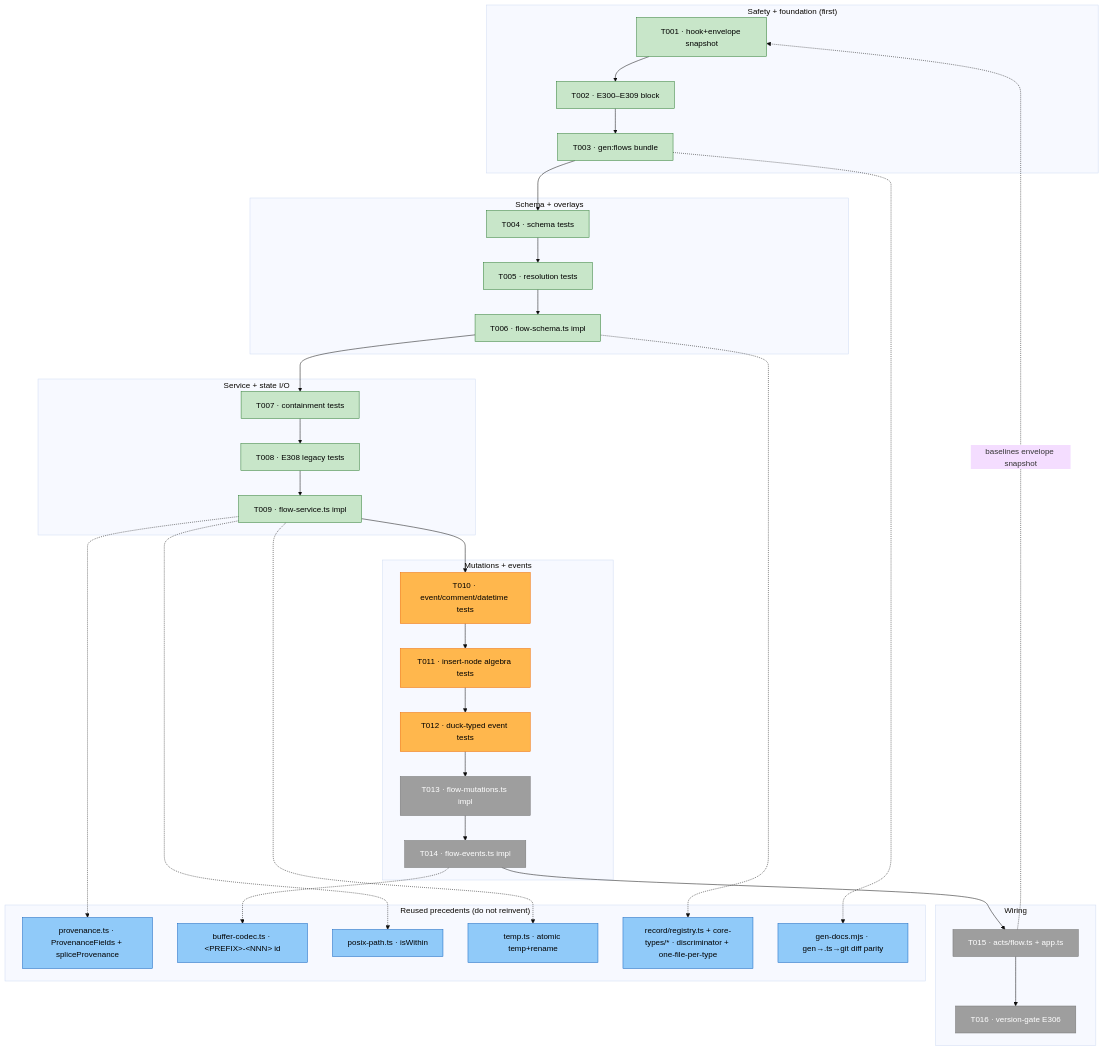
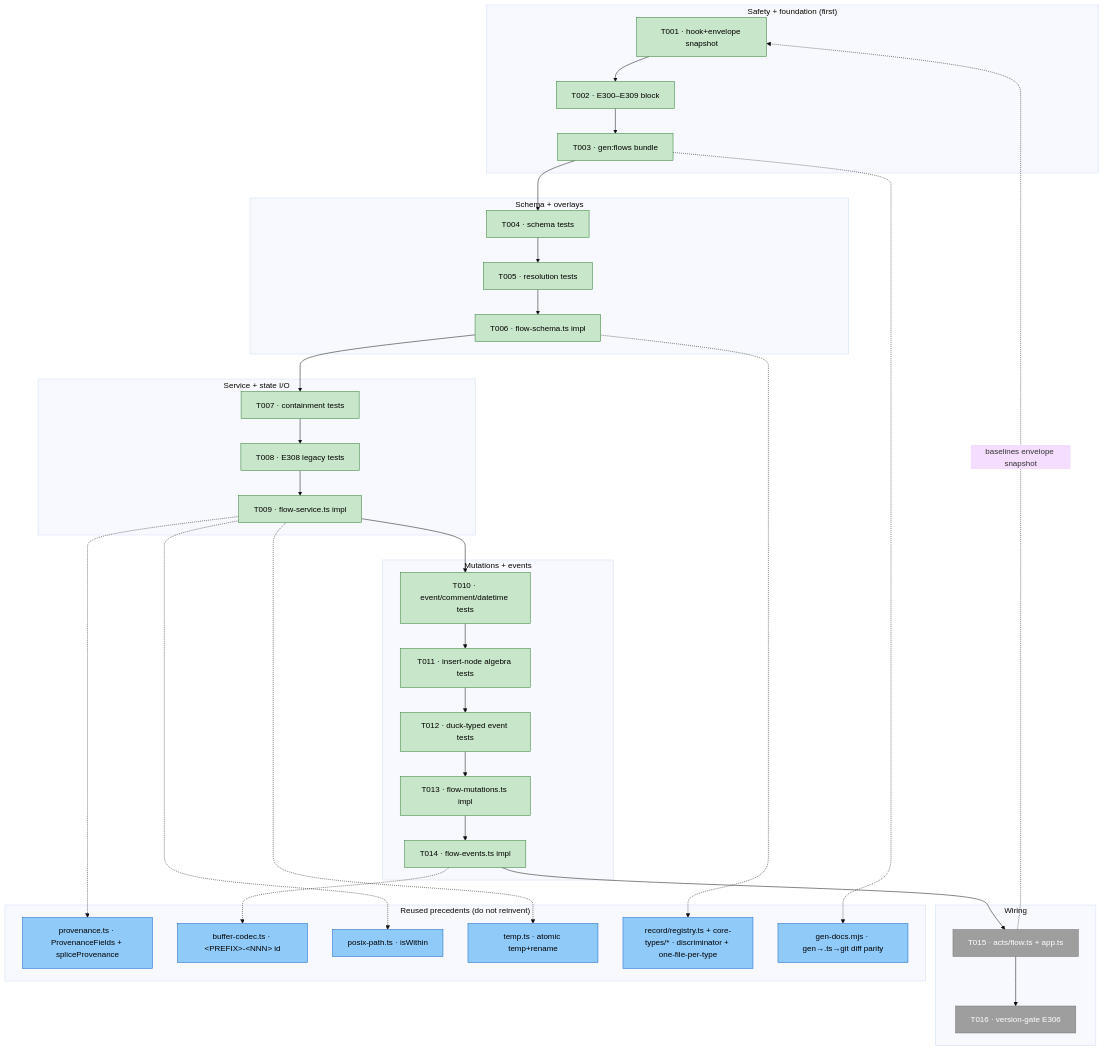
One commit to AI-Substrate/harness-engineering changed the first of 3 diagrams in docs/plans/024-first-class-flow-system/tasks/phase-1-flow-engine-schema-state-mutations-event-log/tasks.md. Above: the diagram before and after it, drawn with Mermaid (base theme). The commit also changed other lines of this file and 5 other files, not shown here.

First line of the commit message:
feat(024): flow mutations + duck-typed events [T010,T011,T012,T013,T014]

````diff
--- a/docs/plans/024-first-class-flow-system/tasks/phase-1-flow-engine-schema-state-mutations-event-log/tasks.md
+++ b/docs/plans/024-first-class-flow-system/tasks/phase-1-flow-engine-schema-state-mutations-event-log/tasks.md
@@ -63,61 +63,61 @@
 ```mermaid
 flowchart TD
     classDef pending fill:#9E9E9E,stroke:#757575,color:#fff
     classDef test fill:#FFB74D,stroke:#EF6C00,color:#000
     classDef reuse fill:#90CAF9,stroke:#1565C0,color:#000
     classDef completed fill:#C8E6C9,stroke:#2E7D32,color:#000
     classDef inprogress fill:#FFE0B2,stroke:#EF6C00,color:#000
 
     subgraph Sensors["Safety + foundation (first)"]
         T001["T001 · hook+envelope snapshot"]:::completed
         T002["T002 · E300–E309 block"]:::completed
         T003["T003 · gen:flows bundle"]:::completed
     end
 
     subgraph Schema["Schema + overlays"]
         T004["T004 · schema tests"]:::completed
         T005["T005 · resolution tests"]:::completed
         T006["T006 · flow-schema.ts impl"]:::completed
     end
 
     subgraph State["Service + state I/O"]
         T007["T007 · containment tests"]:::completed
         T008["T008 · E308 legacy tests"]:::completed
         T009["T009 · flow-service.ts impl"]:::completed
     end
 
     subgraph Mut["Mutations + events"]
-        T010["T010 · event/comment/datetime tests"]:::test
-        T011["T011 · insert-node algebra tests"]:::test
-        T012["T012 · duck-typed event tests"]:::test
-        T013["T013 · flow-mutations.ts impl"]:::pending
-        T014["T014 · flow-events.ts impl"]:::pending
+        T010["T010 · event/comment/datetime tests"]:::completed
+        T011["T011 · insert-node algebra tests"]:::completed
+        T012["T012 · duck-typed event tests"]:::completed
+        T013["T013 · flow-mutations.ts impl"]:::completed
+        T014["T014 · flow-events.ts impl"]:::completed
     end
 
     subgraph Wire["Wiring"]
         T015["T015 · acts/flow.ts + app.ts"]:::pending
         T016["T016 · version-gate E306"]:::pending
     end
 
     T001 --> T002 --> T003 --> T004 --> T005 --> T006
     T006 --> T007 --> T008 --> T009
     T009 --> T010 --> T011 --> T012 --> T013 --> T014
     T014 --> T015 --> T016
     T015 -. baselines envelope snapshot .-> T001
 
     subgraph Reuse["Reused precedents (do not reinvent)"]
         R1["provenance.ts · ProvenanceFields + spliceProvenance"]:::reuse
         R2["buffer-codec.ts · &lt;PREFIX&gt;-&lt;NNN&gt; id"]:::reuse
         R3["posix-path.ts · isWithin"]:::reuse
         R4["temp.ts · atomic temp+rename"]:::reuse
         R5["record/registry.ts + core-types/* · discriminator + one-file-per-type"]:::reuse
         R6["gen-docs.mjs · gen→.ts→git diff parity"]:::reuse
     end
 
     T009 -.-> R1
     T009 -.-> R3
     T009 -.-> R4
     T014 -.-> R2
     T006 -.-> R5
     T003 -.-> R6
 ```
````
